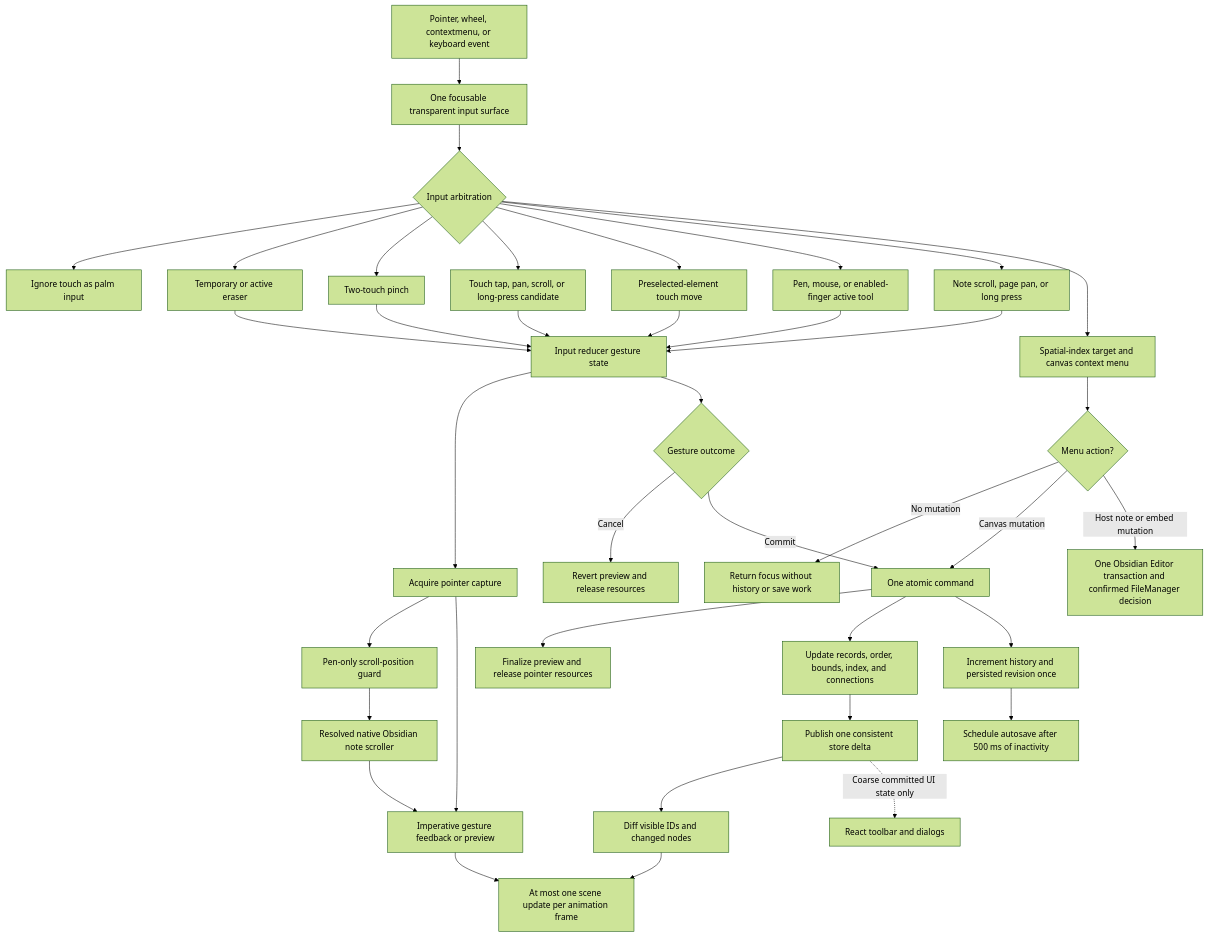
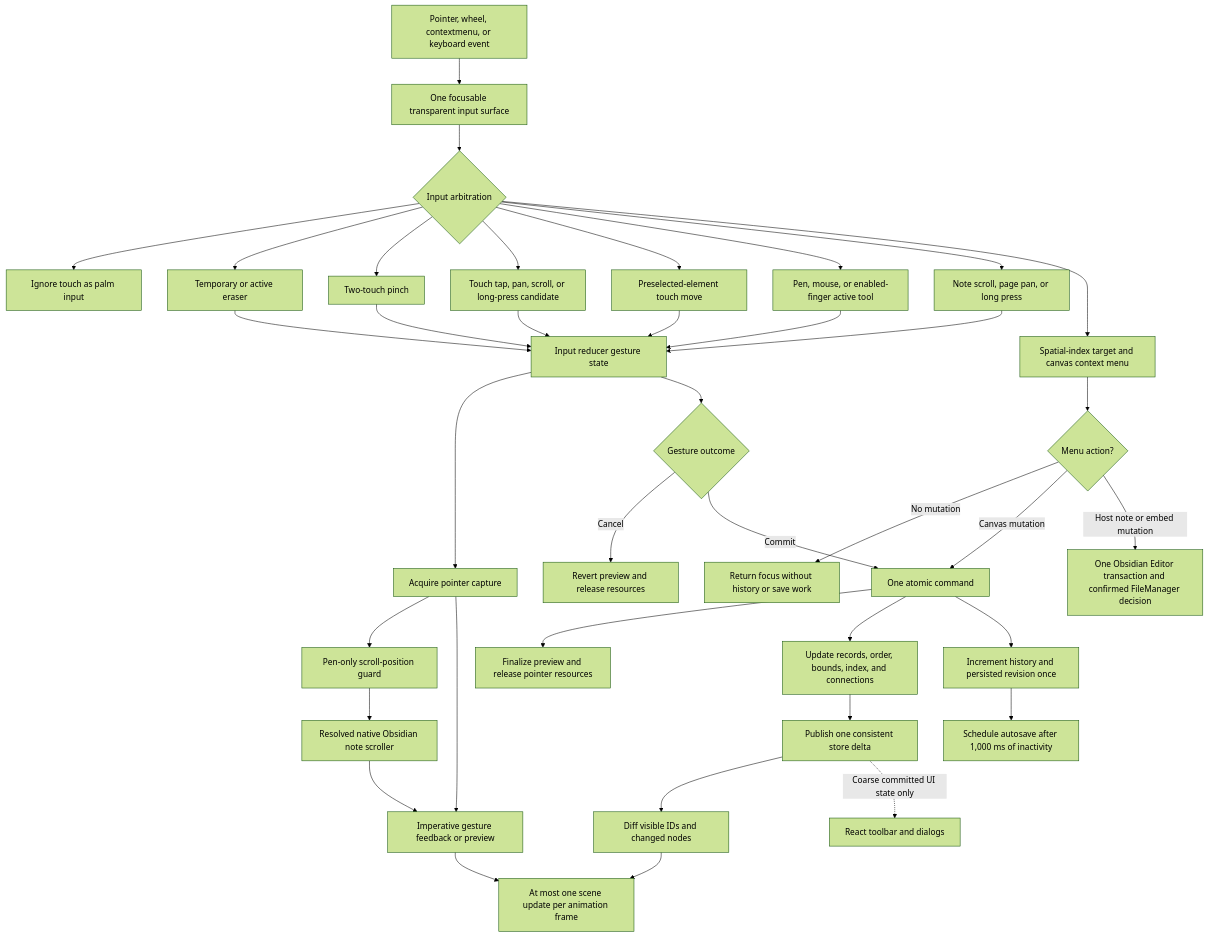
The fourth of 8 diagrams in docs/architecture-flows.md (boommasterxd/inkbook), drawn with Mermaid (forest theme) before and after one commit. The commit also changed other lines of this file and 8 other files, not shown here.

````diff
--- a/docs/architecture-flows.md
+++ b/docs/architecture-flows.md
@@ -135,43 +135,43 @@
 ```mermaid
 flowchart TD
   pointer["Pointer, wheel, contextmenu, or keyboard event"] --> inputSurface["One focusable transparent input surface"]
   inputSurface --> arbitration{"Input arbitration"}
   arbitration --> palm["Ignore touch as palm input"]
   arbitration --> eraser["Temporary or active eraser"]
   arbitration --> pinch["Two-touch pinch"]
   arbitration --> touchPending["Touch tap, pan, scroll, or long-press candidate"]
   arbitration --> elementMove["Preselected-element touch move"]
   arbitration --> activeTool["Pen, mouse, or enabled-finger active tool"]
   arbitration --> navigation["Note scroll, page pan, or long press"]
   arbitration --> menu["Spatial-index target and canvas context menu"]
 
   eraser --> gesture["Input reducer gesture state"]
   pinch --> gesture
   touchPending --> gesture
   elementMove --> gesture
   activeTool --> gesture
   navigation --> gesture
   menu --> menuAction{"Menu action?"}
   menuAction -->|No mutation| releaseMenu["Return focus without history or save work"]
   menuAction -->|Canvas mutation| command
   menuAction -->|Host note or embed mutation| editorTransaction["One Obsidian Editor transaction and confirmed FileManager decision"]
 
   gesture --> capture["Acquire pointer capture"]
   capture --> scrollGuard["Pen-only scroll-position guard"]
   scrollGuard --> hostScroller["Resolved native Obsidian note scroller"]
   hostScroller --> preview["Imperative gesture feedback or preview"]
   capture --> preview
   preview --> frame["At most one scene update per animation frame"]
   gesture --> finish{"Gesture outcome"}
   finish -->|Cancel| revert["Revert preview and release resources"]
   finish -->|Commit| command["One atomic command"]
 
   command --> release["Finalize preview and release pointer resources"]
   command --> transaction["Update records, order, bounds, index, and connections"]
   transaction --> delta["Publish one consistent store delta"]
   delta --> sceneDiff["Diff visible IDs and changed nodes"]
   sceneDiff --> frame
   delta -. "Coarse committed UI state only" .-> react["React toolbar and dialogs"]
   command --> revision["Increment history and persisted revision once"]
-  revision --> autosave["Schedule autosave after 500 ms of inactivity"]
+  revision --> autosave["Schedule autosave after 1,000 ms of inactivity"]
 ```
````
